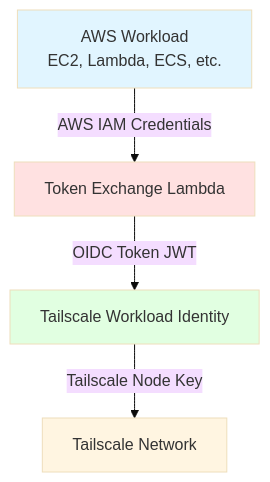
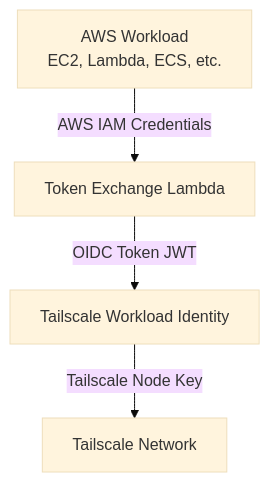
One commit to latacora/aws-oidc-workload-identity changed the diagram in TAILSCALE.md. Above: the diagram before and after it, drawn with Mermaid (base theme). The commit also changed 5 other files, not shown here.

First line of the commit message:
Make shell scripts shellcheck-clean and remove Mermaid styling

````diff
--- a/TAILSCALE.md
+++ b/TAILSCALE.md
@@ -23,11 +23,6 @@
 ```mermaid
 graph TD
     A[AWS Workload<br/>EC2, Lambda, ECS, etc.] -->|AWS IAM Credentials| B[Token Exchange Lambda]
     B -->|OIDC Token JWT| C[Tailscale Workload Identity]
     C -->|Tailscale Node Key| D[Tailscale Network]
-
-    style A fill:#e1f5ff
-    style B fill:#ffe1e1
-    style C fill:#e1ffe1
-    style D fill:#fff5e1
 ```
````
